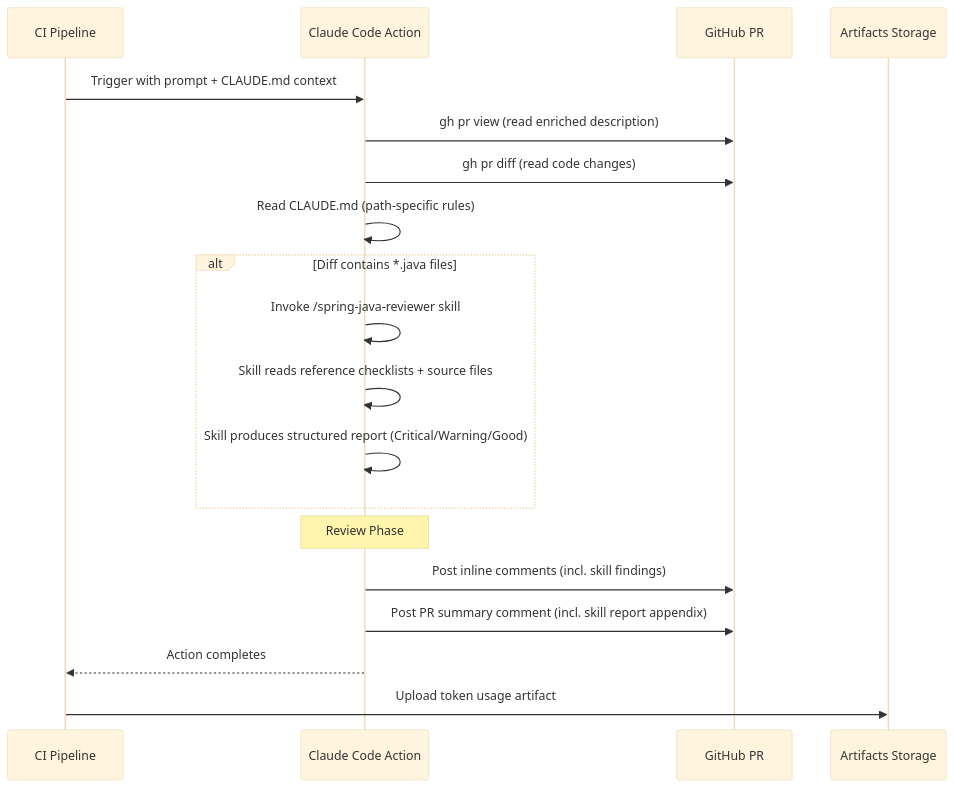
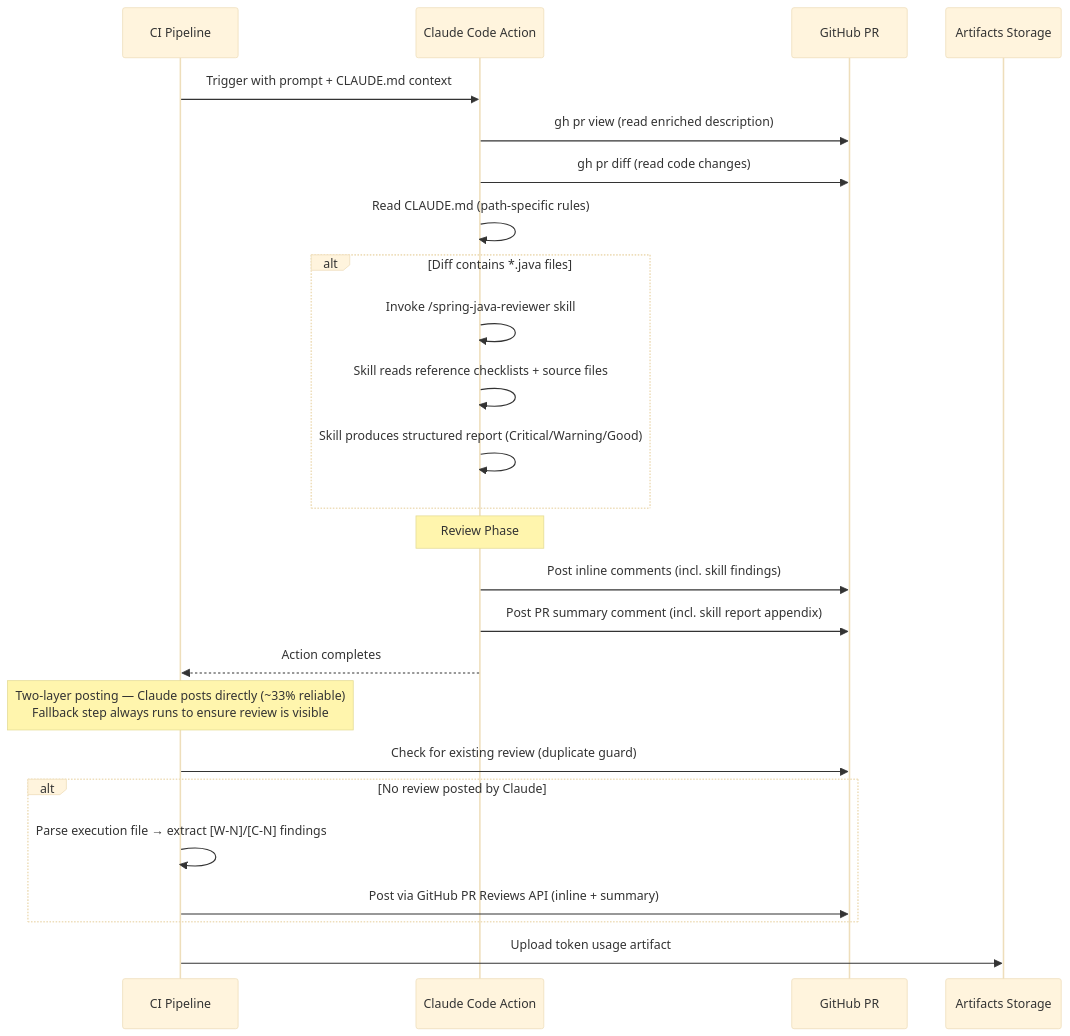
Before and after one commit to kojder/bill-manager-actions: the diagram in wiki/pages/05-Claude-Code-Review-Job.md, drawn with Mermaid (base theme). The commit also changed other lines of this file and 6 other files, not shown here.

````diff
--- a/wiki/pages/05-Claude-Code-Review-Job.md
+++ b/wiki/pages/05-Claude-Code-Review-Job.md
@@ -132,25 +132,32 @@
 ```mermaid
 sequenceDiagram
     participant CI as CI Pipeline
     participant CCA as Claude Code Action
     participant GH as GitHub PR
     participant ART as Artifacts Storage
 
     CI->>CCA: Trigger with prompt + CLAUDE.md context
     CCA->>GH: gh pr view (read enriched description)
     CCA->>GH: gh pr diff (read code changes)
     CCA->>CCA: Read CLAUDE.md (path-specific rules)
 
     alt Diff contains *.java files
         CCA->>CCA: Invoke /spring-java-reviewer skill
         CCA->>CCA: Skill reads reference checklists + source files
         CCA->>CCA: Skill produces structured report (Critical/Warning/Good)
     end
 
     Note over CCA: Review Phase
     CCA->>GH: Post inline comments (incl. skill findings)
     CCA->>GH: Post PR summary comment (incl. skill report appendix)
     CCA-->>CI: Action completes
 
+    Note over CI: Two-layer posting — Claude posts directly (~33% reliable)<br/>Fallback step always runs to ensure review is visible
+    CI->>GH: Check for existing review (duplicate guard)
+    alt No review posted by Claude
+        CI->>CI: Parse execution file → extract [W-N]/[C-N] findings
+        CI->>GH: Post via GitHub PR Reviews API (inline + summary)
+    end
+
     CI->>ART: Upload token usage artifact
 ```
````
